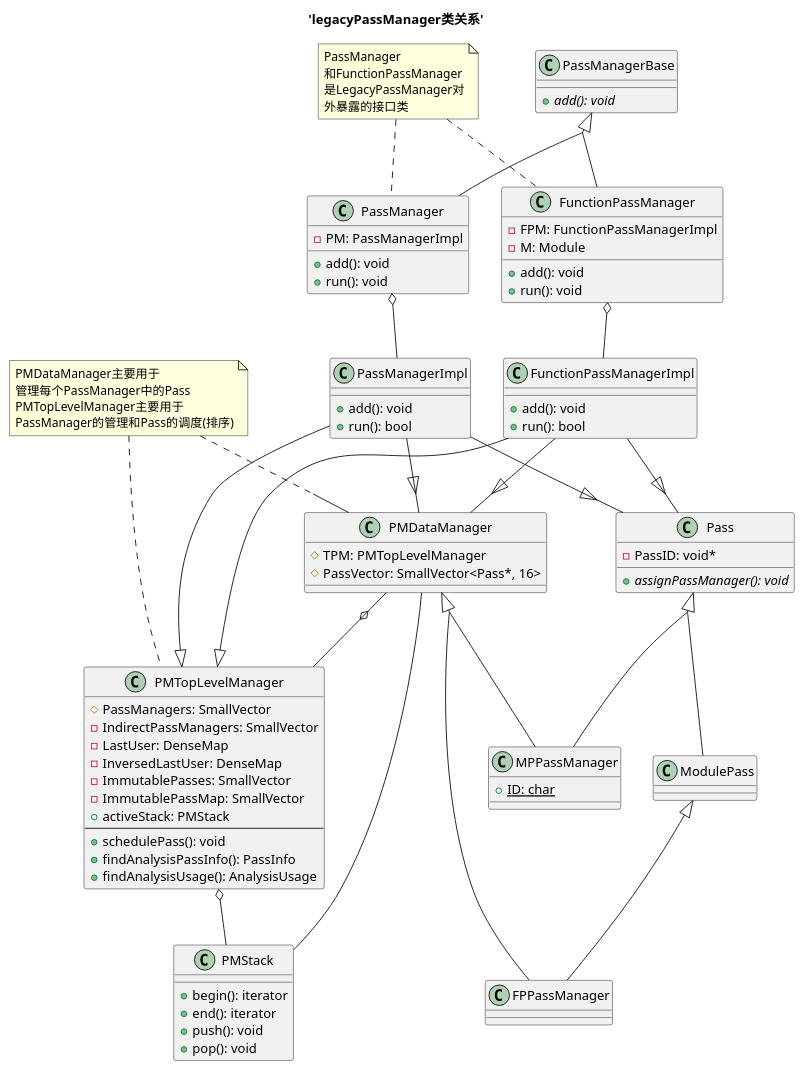
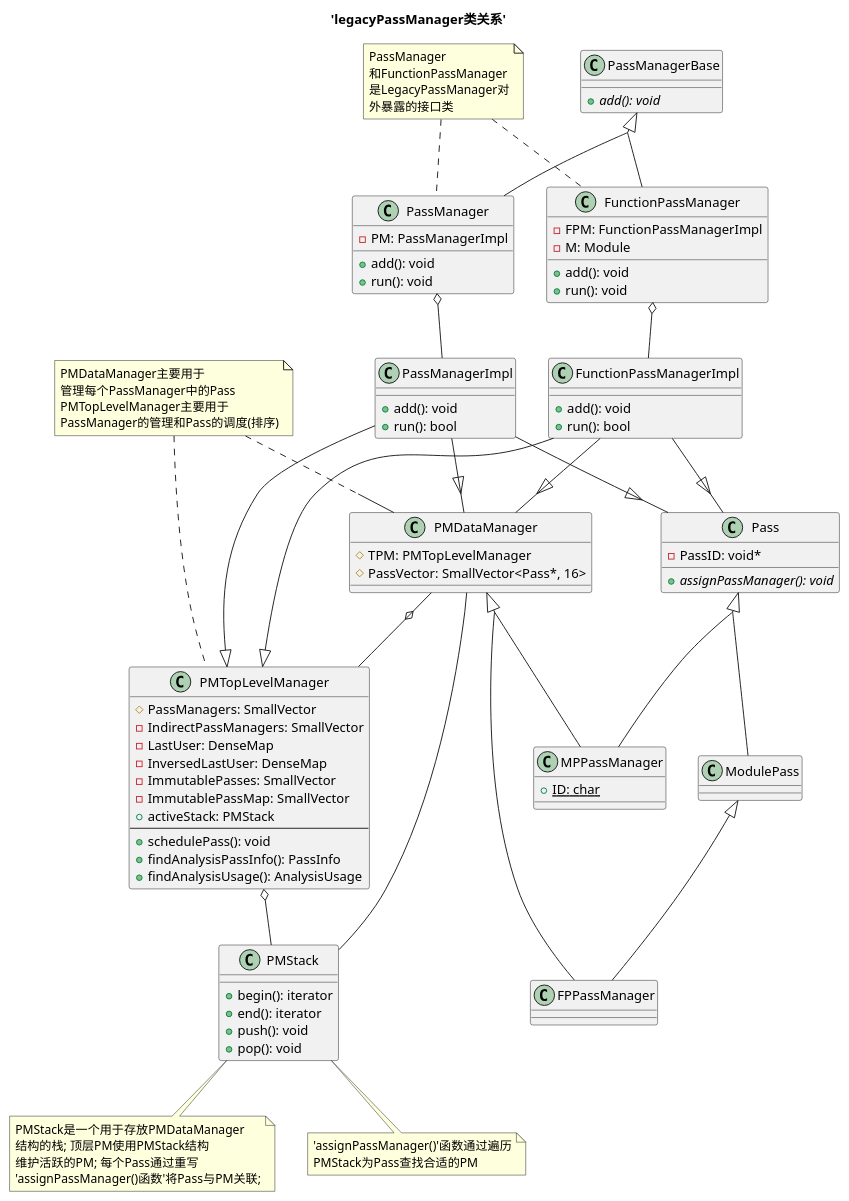
The diagram in chapter_2/plantuml/inheritance.wsd (Jayson-du/ZPU_summary), drawn with PlantUML before and after one commit.

Commit message:
build: learn legacy pass manager

```diff
--- a/chapter_2/plantuml/inheritance.wsd
+++ b/chapter_2/plantuml/inheritance.wsd
@@ -1,156 +1,162 @@
 @startuml
 
 title 'legacyPassManager类关系'
 
 skinparam groupInheritance 2
 
 top to bottom direction
 
 ' 类定义
 
 class PassManagerBase {
   {abstract} +add(): void
 }
 
 together {
 
   class FunctionPassManager {
     + add(): void
     + run(): void
     - FPM: FunctionPassManagerImpl
     - M: Module
   }
 
   class PassManager {
     + add(): void
     + run(): void
     - PM: PassManagerImpl
   }
 
 }
 
 together {
 
   class PassManagerImpl {
     + add(): void
     + run(): bool
   }
 
   class FunctionPassManagerImpl {
     + add(): void
     + run(): bool
   }
 
 }
 
 
 ' -----*------
 together {
 
   class PMStack {
     + begin(): iterator
     + end(): iterator
     + push(): void
     + pop(): void
   }
 
   class PMDataManager {
     # TPM: PMTopLevelManager
     # PassVector: SmallVector<Pass*, 16>
   }
 
   class PMTopLevelManager {
     # PassManagers: SmallVector
     - IndirectPassManagers: SmallVector
     - LastUser: DenseMap
     - InversedLastUser: DenseMap
     - ImmutablePasses: SmallVector
     - ImmutablePassMap: SmallVector
     + activeStack: PMStack
     ----
     + schedulePass(): void
     + findAnalysisPassInfo(): PassInfo
     + findAnalysisUsage(): AnalysisUsage
   }
 
 }
 
 class Pass {
   - PassID: void*
   {abstract} + assignPassManager(): void
 }
 
 together {
 
   class ModulePass {
 
   }
 
   class FPPassManager {
 
   }
 
 }
 
 class MPPassManager {
   {static} + ID: char
 }
 
 
 ' *****************
 ' ***** 类关系 *****
 ' *****************
 
 ' PassManagerBase类关系
 PassManagerBase                     <|-down-                  PassManager
 PassManagerBase                     <|-down-                  FunctionPassManager
 
 ' PassManager类关系
 PassManager                         o-down-                   PassManagerImpl
 
 ' PassManagerImpl类关系
 PassManagerImpl                     -down-|>                  PMTopLevelManager
 PassManagerImpl                     -down-|>                  PMDataManager
 PassManagerImpl                     -down-|>                  Pass
 
 ' FunctionPassManager类关系
 FunctionPassManager                 o-down-                   FunctionPassManagerImpl
 
 ' FunctionPassManagerImpl类关系
 FunctionPassManagerImpl             -down-|>                  PMTopLevelManager
 FunctionPassManagerImpl             -down-|>                  PMDataManager
 FunctionPassManagerImpl             -down-|>                  Pass
 
 ' PMTopLevelManager类关系
 PMTopLevelManager                   o-down-                   PMStack
 
 ' PMDataManager类关系
 PMDataManager                       -                         PMStack
 
 ' PMTopLevelManager与PMDataManager之间的关系
 PMDataManager                       o-down-                   PMTopLevelManager
 
 ' ModulePass类关系
 ModulePass                          -up-|>                    Pass
 
 ' FPPassManager类关系
 FPPassManager                       -up-|>                    PMDataManager
 FPPassManager                       -up-|>                    ModulePass
 
 ' MPPassManger类关系
 MPPassManager                       -up-|>                    Pass
 MPPassManager                       -up-|>                    PMDataManager
 
 ' ***** 注释 *****
 note "PassManager\n和FunctionPassManager\n是LegacyPassManager对\n外暴露的接口类" as export_interface
 
 note "PMDataManager主要用于\n管理每个PassManager中的Pass\nPMTopLevelManager主要用于\nPassManager的管理和Pass的调度(排序)" as pm_effect
 
+note "PMStack是一个用于存放PMDataManager\n结构的栈; 顶层PM使用PMStack结构\n维护活跃的PM; 每个Pass通过重写\n'assignPassManager()函数'将Pass与PM关联;" as pmstack_spec_0
+note "'assignPassManager()'函数通过遍历\nPMStack为Pass查找合适的PM" as pmstack_spec_1
+
 ' ***** 注释 *****
 PassManager                       .up.                        export_interface
 FunctionPassManager               .up.                        export_interface
 
 PMDataManager                     .up.                        pm_effect
 PMTopLevelManager                 .up.                        pm_effect
 
+PMStack                           ..                          pmstack_spec_0
+PMStack                           ..                          pmstack_spec_1
+
 @enduml
```
